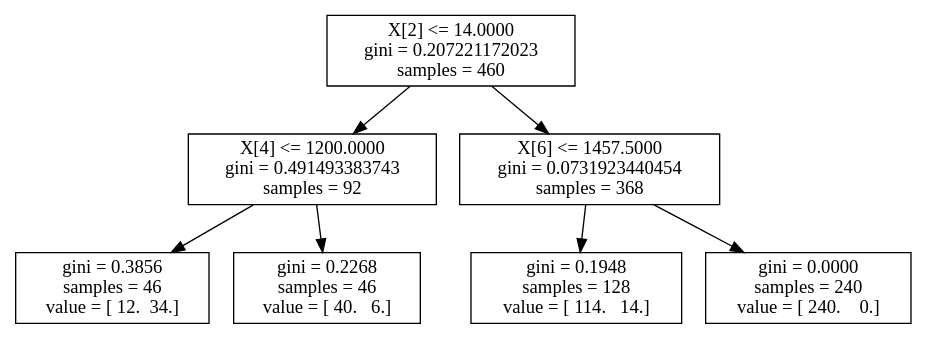
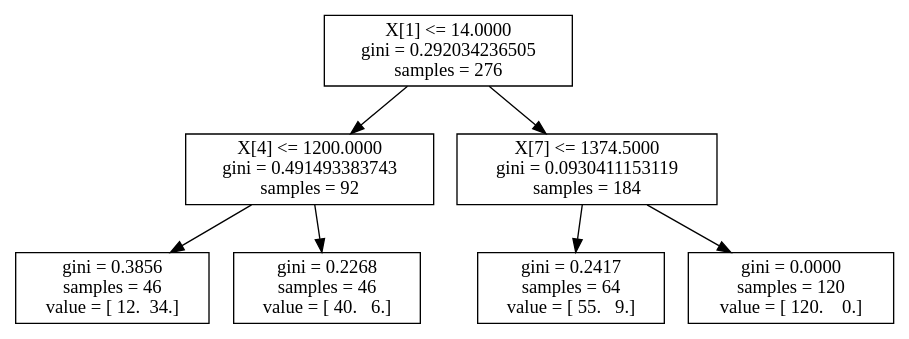
One commit to ctuning/reproduce-ck-paper-large-experiments changed the diagram in script/reproduce-hog-modeling/t628-second-set-of-features-depth2/model-sklearn-dtc.modelx.dot. Above: the diagram before and after it, drawn with Graphviz. The commit also changed 924 other files, not shown here.

Commit message:
new experiments, graphs and predictive models for run-time adaptation; predictive scheduling and active learning

```diff
--- a/script/reproduce-hog-modeling/t628-second-set-of-features-depth2/model-sklearn-dtc.modelx.dot
+++ b/script/reproduce-hog-modeling/t628-second-set-of-features-depth2/model-sklearn-dtc.modelx.dot
@@ -1,15 +1,15 @@
 digraph Tree {
-0 [label="X[2] <= 14.0000\ngini = 0.207221172023\nsamples = 460", shape="box"] ;
+0 [label="X[1] <= 14.0000\ngini = 0.292034236505\nsamples = 276", shape="box"] ;
 1 [label="X[4] <= 1200.0000\ngini = 0.491493383743\nsamples = 92", shape="box"] ;
 0 -> 1 ;
 2 [label="gini = 0.3856\nsamples = 46\nvalue = [ 12.  34.]", shape="box"] ;
 1 -> 2 ;
 3 [label="gini = 0.2268\nsamples = 46\nvalue = [ 40.   6.]", shape="box"] ;
 1 -> 3 ;
-4 [label="X[6] <= 1457.5000\ngini = 0.0731923440454\nsamples = 368", shape="box"] ;
+4 [label="X[7] <= 1374.5000\ngini = 0.0930411153119\nsamples = 184", shape="box"] ;
 0 -> 4 ;
-5 [label="gini = 0.1948\nsamples = 128\nvalue = [ 114.   14.]", shape="box"] ;
+5 [label="gini = 0.2417\nsamples = 64\nvalue = [ 55.   9.]", shape="box"] ;
 4 -> 5 ;
-6 [label="gini = 0.0000\nsamples = 240\nvalue = [ 240.    0.]", shape="box"] ;
+6 [label="gini = 0.0000\nsamples = 120\nvalue = [ 120.    0.]", shape="box"] ;
 4 -> 6 ;
 }
```
